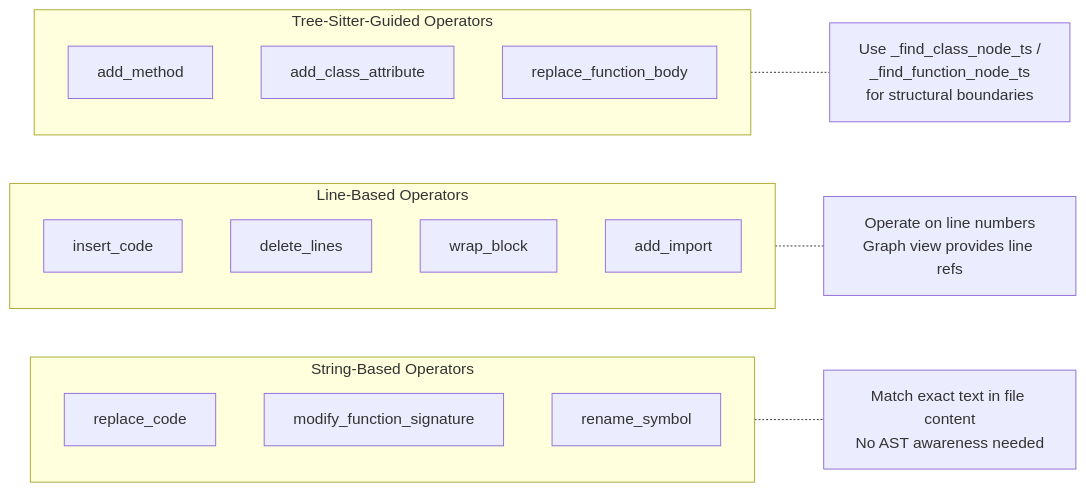
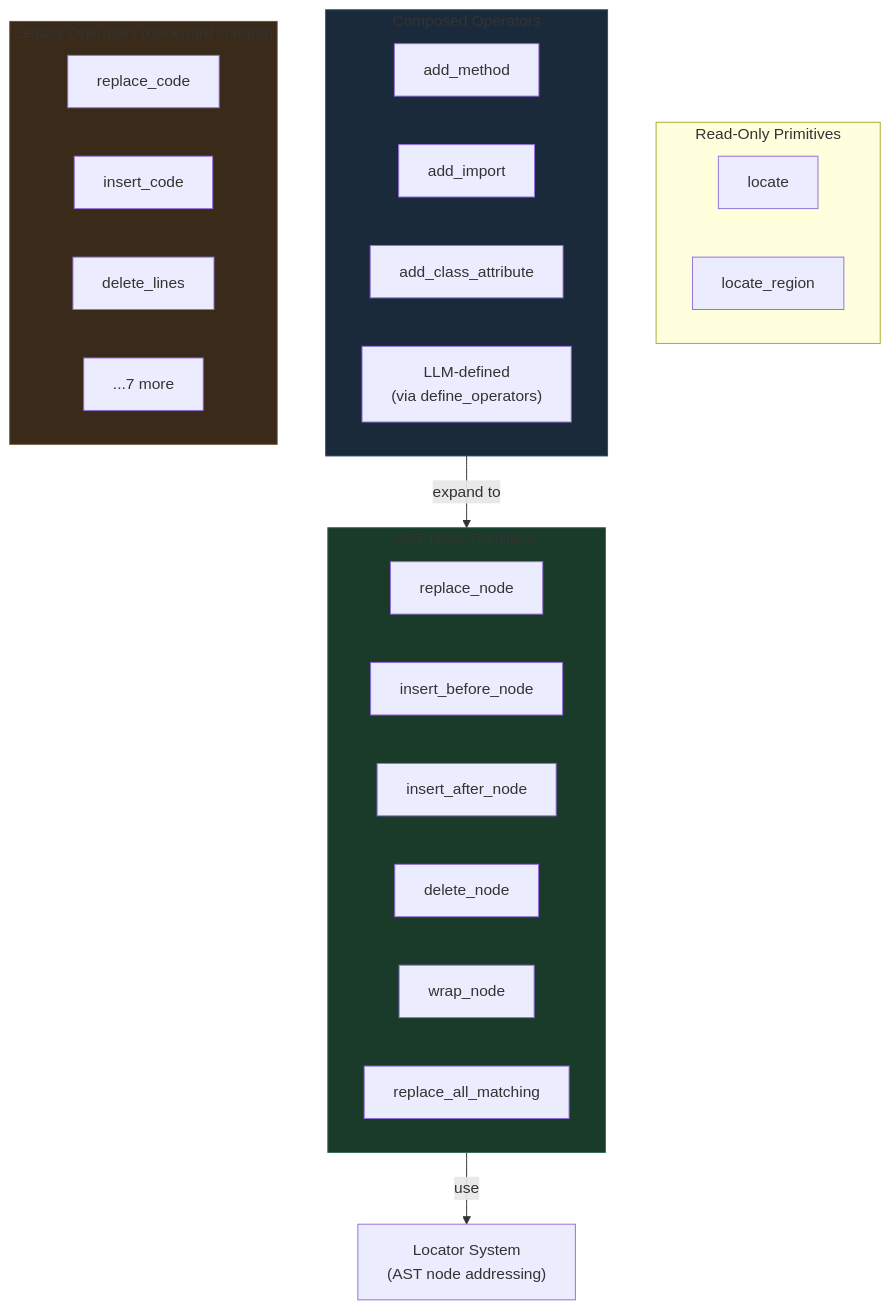
Before and after one commit to toreleon/graph-transform-agent: the fourth of 15 diagrams in _bmad-output/research/graphplan-architecture.md, drawn with Mermaid. The commit also changed other lines of this file and 4 other files, not shown here.

First line of the commit message:
Feat(GraphPlan): Implement AST-node transformation primitives with locator system

````diff
--- a/_bmad-output/research/graphplan-architecture.md
+++ b/_bmad-output/research/graphplan-architecture.md
@@ -471,25 +283,41 @@
 ```mermaid
-flowchart LR
-    subgraph String ["String-Based Operators"]
-        RC[replace_code]
-        MFS[modify_function_signature]
-        RS[rename_symbol]
+flowchart TD
+    subgraph Primitives ["AST-Node Primitives"]
+        direction LR
+        RN[replace_node]
+        IBN[insert_before_node]
+        IAN[insert_after_node]
+        DN[delete_node]
+        WN[wrap_node]
+        RAM[replace_all_matching]
     end
 
-    subgraph Line ["Line-Based Operators"]
-        IC[insert_code]
-        DL[delete_lines]
-        WB[wrap_block]
-        AI[add_import]
+    subgraph ReadOnly ["Read-Only Primitives"]
+        direction LR
+        LOC[locate]
+        LR2[locate_region]
     end
 
-    subgraph TS ["Tree-Sitter-Guided Operators"]
-        AM[add_method]
-        ACA[add_class_attribute]
-        RFB[replace_function_body]
+    subgraph Composed ["Composed Operators"]
+        direction LR
+        AM2[add_method]
+        AI2[add_import]
+        ACA2[add_class_attribute]
+        CUSTOM["LLM-defined<br/>(via define_operators)"]
     end
 
-    String -.- Note1["Match exact text in file content<br/>No AST awareness needed"]
-    Line -.- Note2["Operate on line numbers<br/>Graph view provides line refs"]
-    TS -.- Note3["Use _find_class_node_ts /<br/>_find_function_node_ts<br/>for structural boundaries"]
+    subgraph Legacy ["Legacy Operators (backward compat)"]
+        direction LR
+        RC2[replace_code]
+        IC2[insert_code]
+        DL2[delete_lines]
+        MORE["...7 more"]
+    end
+
+    Composed -->|"expand to"| Primitives
+    Primitives -->|"use"| Locators["Locator System<br/>(AST node addressing)"]
+
+    style Primitives fill:#1a3a2a,stroke:#2d6a4f
+    style Composed fill:#1a2a3a,stroke:#2d4f6a
+    style Legacy fill:#3a2a1a,stroke:#6a4f2d
 ```
````
